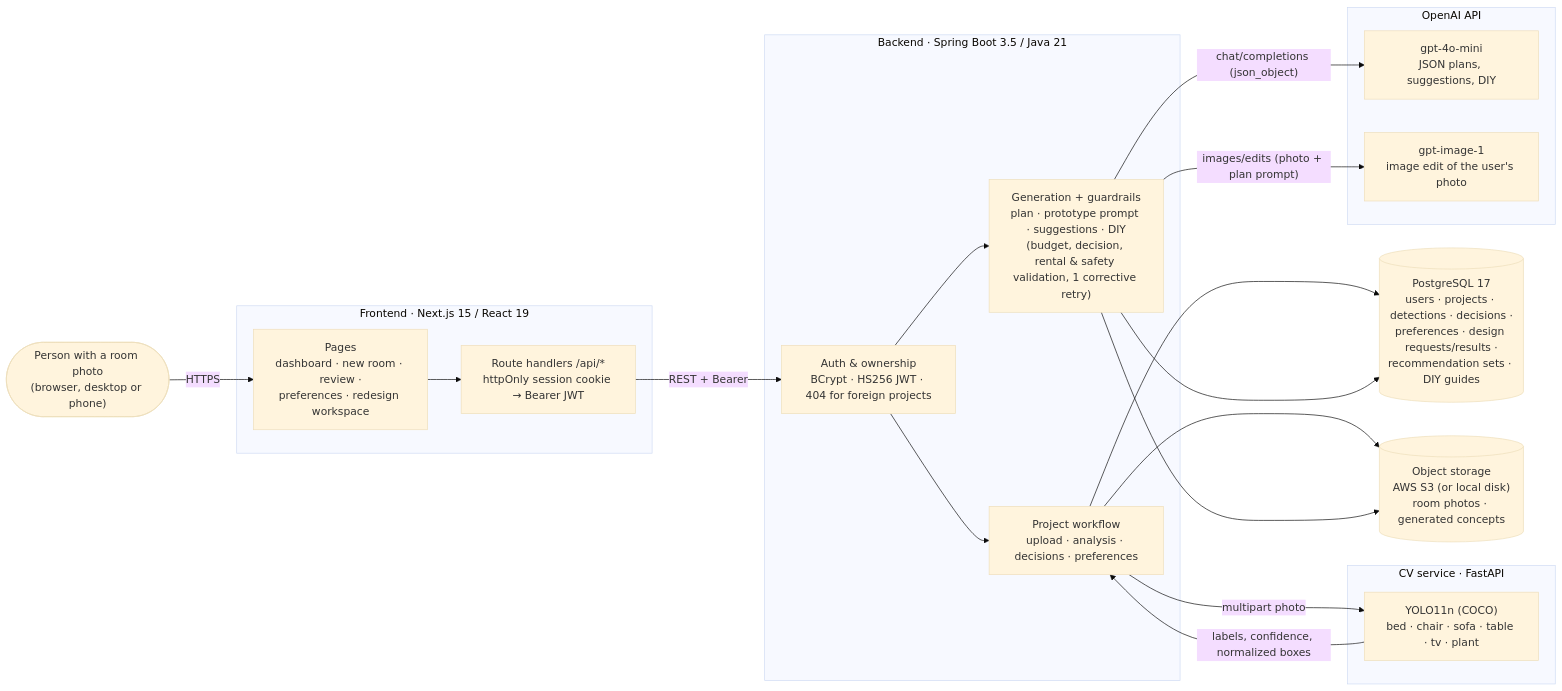
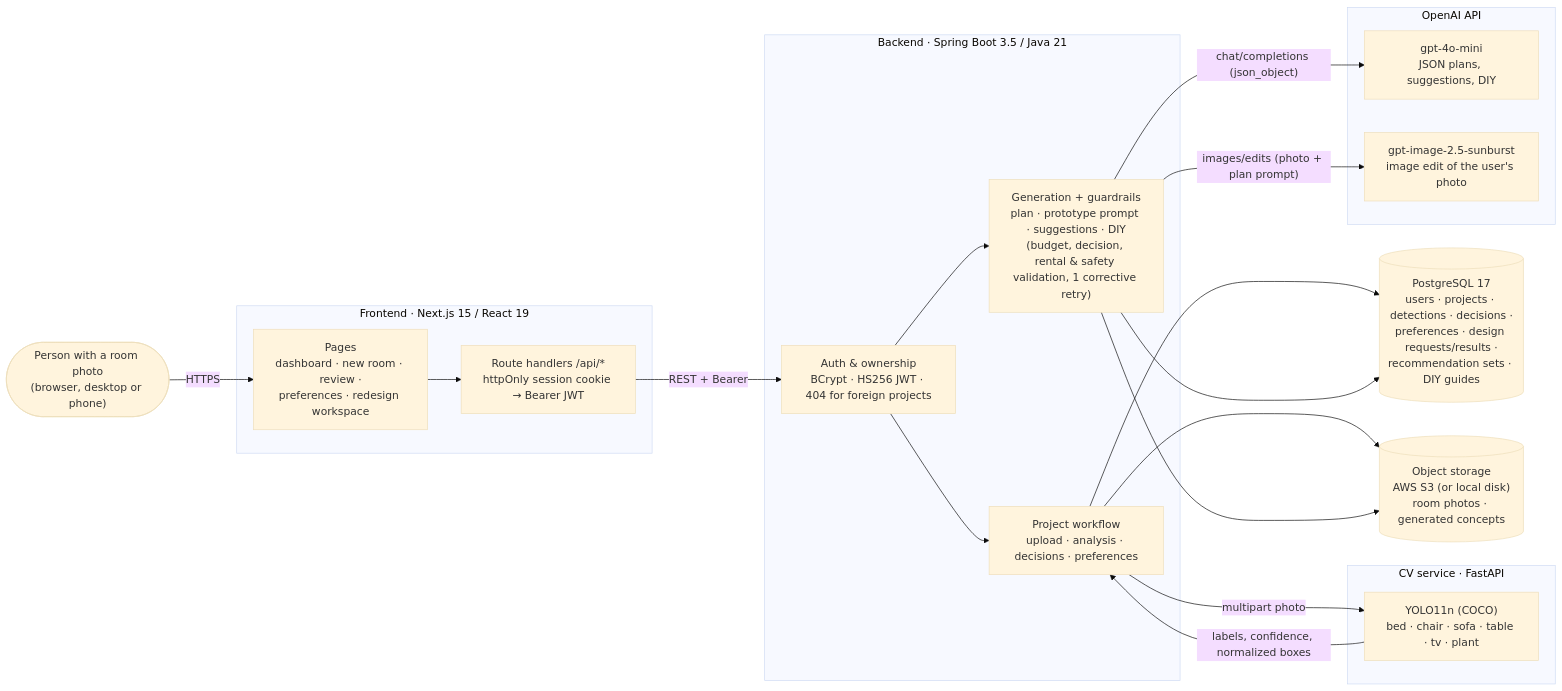
One commit to Bootcamp2Roomify/roomify_backend changed the diagram in docs/submission/architecture/architecture.mmd. Above: the diagram before and after it, drawn with Mermaid (base theme). The commit also changed 23 other files, not shown here.

Commit message:
docs(submission): pending-key results, draft PDF, request-flow diagram, draft video, gallery, story, checklist

```diff
--- a/docs/submission/architecture/architecture.mmd
+++ b/docs/submission/architecture/architecture.mmd
@@ -1,40 +1,40 @@
 %% Roomify system architecture. Render: npx @mermaid-js/mermaid-cli -i architecture.mmd -o architecture.svg
 flowchart LR
   user(["Person with a room photo<br/>(browser, desktop or phone)"])
 
   subgraph FE["Frontend · Next.js 15 / React 19"]
     pages["Pages<br/>dashboard · new room · review ·<br/>preferences · redesign workspace"]
     bridge["Route handlers /api/*<br/>httpOnly session cookie → Bearer JWT"]
   end
 
   subgraph BE["Backend · Spring Boot 3.5 / Java 21"]
     auth["Auth & ownership<br/>BCrypt · HS256 JWT · 404 for foreign projects"]
     flow["Project workflow<br/>upload · analysis · decisions · preferences"]
     gen["Generation + guardrails<br/>plan · prototype prompt · suggestions · DIY<br/>(budget, decision, rental & safety validation, 1 corrective retry)"]
   end
 
   subgraph CV["CV service · FastAPI"]
     yolo["YOLO11n (COCO)<br/>bed · chair · sofa · table · tv · plant"]
   end
 
   subgraph AI["OpenAI API"]
     llm["gpt-4o-mini<br/>JSON plans, suggestions, DIY"]
-    img["gpt-image-1<br/>image edit of the user's photo"]
+    img["gpt-image-2.5-sunburst<br/>image edit of the user's photo"]
   end
 
   pg[("PostgreSQL 17<br/>users · projects · detections · decisions ·<br/>preferences · design requests/results ·<br/>recommendation sets · DIY guides")]
   store[("Object storage<br/>AWS S3 (or local disk)<br/>room photos · generated concepts")]
 
   user -- HTTPS --> pages
   pages --> bridge
   bridge -- "REST + Bearer" --> auth
   auth --> flow
   auth --> gen
   flow -- "multipart photo" --> yolo
   yolo -- "labels, confidence, normalized boxes" --> flow
   gen -- "chat/completions (json_object)" --> llm
   gen -- "images/edits (photo + plan prompt)" --> img
   flow --> pg
   gen --> pg
   flow --> store
   gen --> store
```
